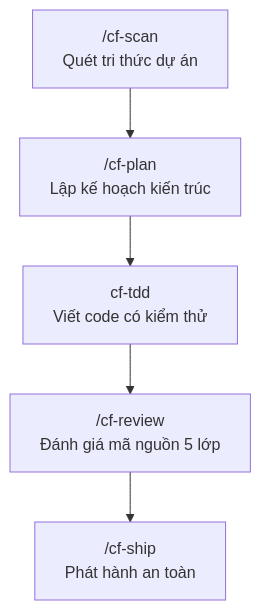
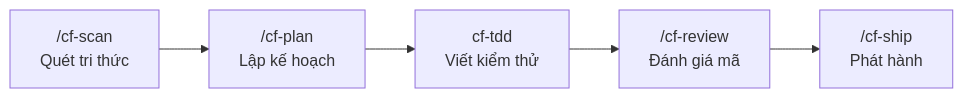
The first of 3 diagrams in content/posts/toan-tap-coding-friend-ai-engineering.md (nguyengoctin/my_website), drawn with Mermaid before and after one commit. The commit also changed other lines of this file and 32 other files, not shown here.

````diff
--- a/content/posts/toan-tap-coding-friend-ai-engineering.md
+++ b/content/posts/toan-tap-coding-friend-ai-engineering.md
@@ -87,12 +88,7 @@
 ```mermaid
-flowchart TD
-    Step0["/cf-scan<br/>Quét tri thức dự án"]
-    Step1["/cf-plan<br/>Lập kế hoạch kiến trúc"]
-    Step2["cf-tdd<br/>Viết code có kiểm thử"]
-    Step3["/cf-review<br/>Đánh giá mã nguồn 5 lớp"]
-    Step4["/cf-ship<br/>Phát hành an toàn"]
-    Step0 --> Step1
-    Step1 --> Step2
-    Step2 --> Step3
-    Step3 --> Step4
+flowchart LR
+    Step0["/cf-scan<br/>Quét tri thức"] --> Step1["/cf-plan<br/>Lập kế hoạch"]
+    Step1 --> Step2["cf-tdd<br/>Viết kiểm thử"]
+    Step2 --> Step3["/cf-review<br/>Đánh giá mã"]
+    Step3 --> Step4["/cf-ship<br/>Phát hành"]
 ```
````
